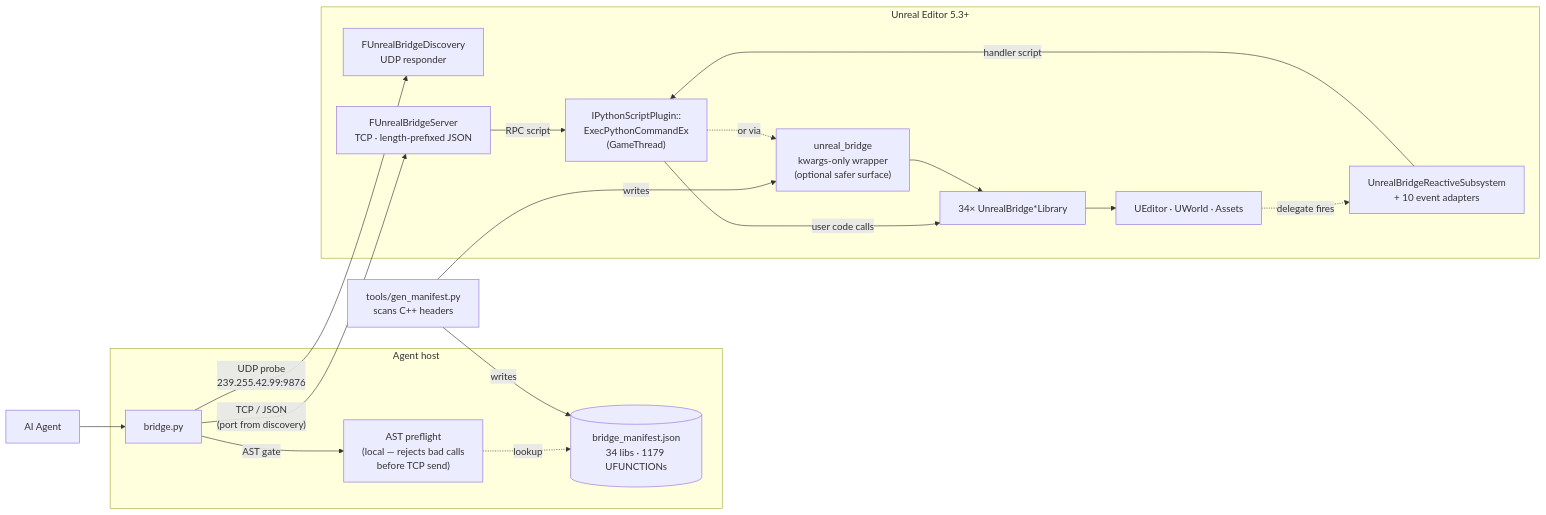
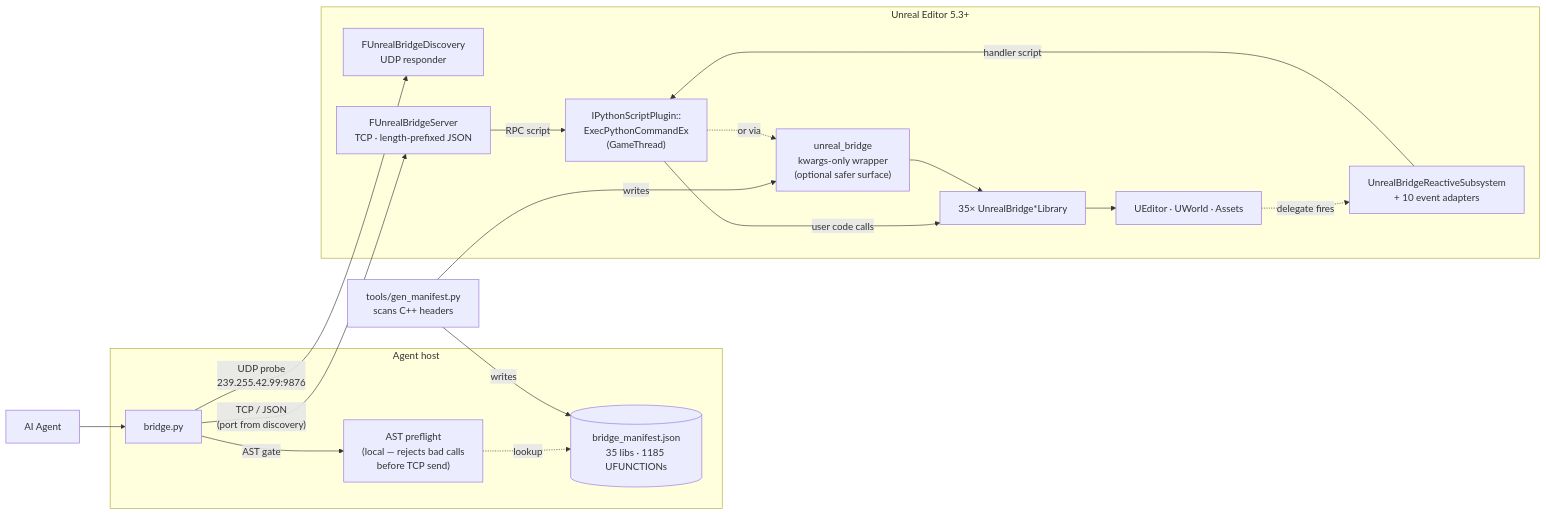
Before and after one commit to ycy1164656/UnrealBridge: the diagram in README.md, drawn with Mermaid. The commit also changed other lines of this file and 29 other files, not shown here.

Commit message:
feat: release UnrealBridge 3.0 for UE 5.8

````diff
--- a/README.md
+++ b/README.md
@@ -43,40 +46,40 @@
 ```mermaid
 flowchart LR
     Agent["AI Agent"]
 
     subgraph Host["Agent host"]
       CLI["bridge.py"]
       Pre["AST preflight<br/>(local — rejects bad calls<br/>before TCP send)"]
-      Mani[("bridge_manifest.json<br/>34 libs · 1179 UFUNCTIONs")]
+      Mani[("bridge_manifest.json<br/>35 libs · 1185 UFUNCTIONs")]
     end
 
     Gen["tools/gen_manifest.py<br/>scans C++ headers"]
 
     subgraph UE["Unreal Editor 5.3+"]
       Disc["FUnrealBridgeDiscovery<br/>UDP responder"]
       Server["FUnrealBridgeServer<br/>TCP · length-prefixed JSON"]
       Reactive["UnrealBridgeReactiveSubsystem<br/>+ 10 event adapters"]
       Exec["IPythonScriptPlugin::<br/>ExecPythonCommandEx<br/>(GameThread)"]
       Wrap["unreal_bridge<br/>kwargs-only wrapper<br/>(optional safer surface)"]
-      Libs["34× UnrealBridge*Library"]
+      Libs["35× UnrealBridge*Library"]
       Engine["UEditor · UWorld · Assets"]
     end
 
     Agent --> CLI
     CLI -- "AST gate" --> Pre
     Pre -. "lookup" .-> Mani
 
     Gen -- "writes" --> Mani
     Gen -- "writes" --> Wrap
 
     CLI -- "UDP probe<br/>239.255.42.99:9876" --> Disc
     CLI -- "TCP / JSON<br/>(port from discovery)" --> Server
     Server -- "RPC script" --> Exec
     Engine -. "delegate fires" .-> Reactive
     Reactive -- "handler script" --> Exec
 
     Exec -- "user code calls" --> Libs
     Exec -. "or via" .-> Wrap
     Wrap --> Libs
     Libs --> Engine
 ```
````
